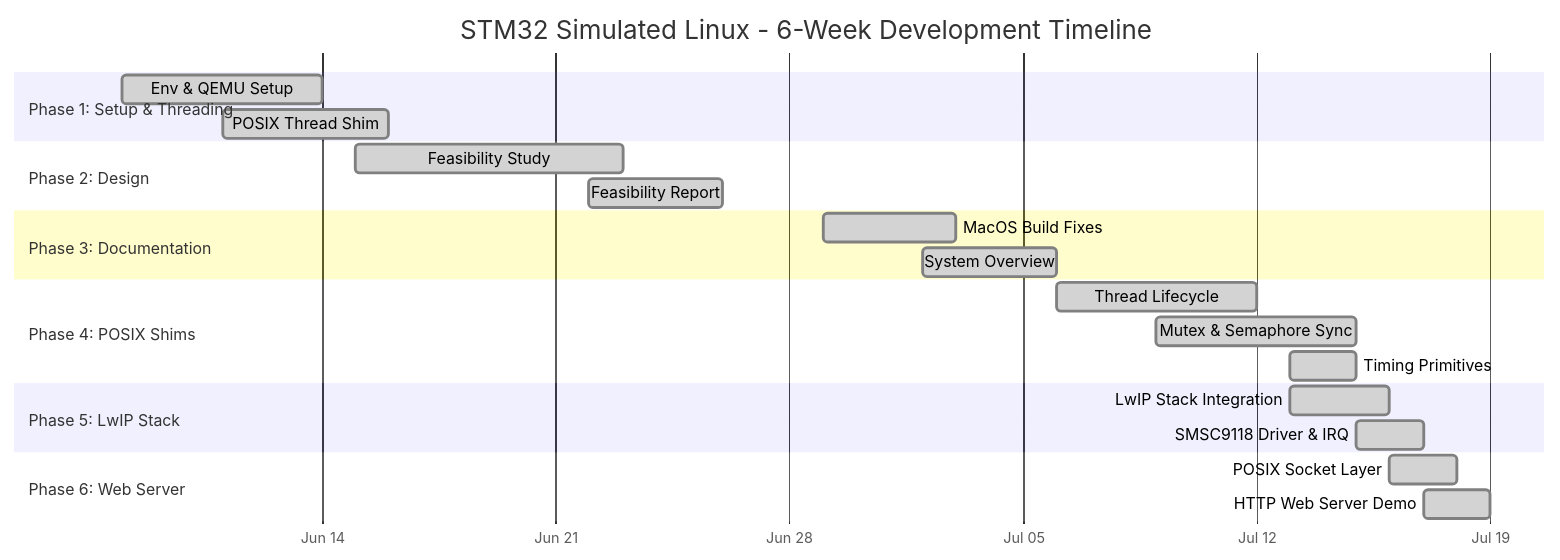
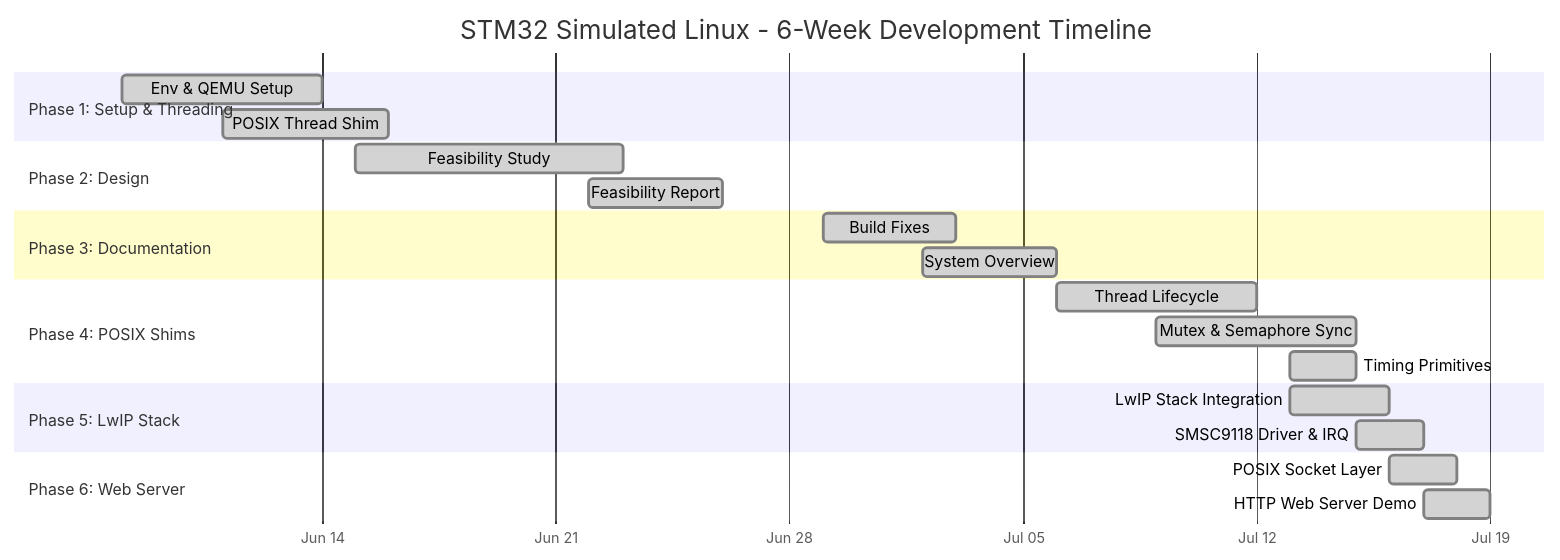
Before and after one commit to Akshat1508/STM32-Simulated-Linux: the diagram in gantt_chart.md, drawn with Mermaid. The commit also changed other lines of this file and 2 other files, not shown here.

````diff
--- a/gantt_chart.md
+++ b/gantt_chart.md
@@ -11,34 +11,34 @@
 ```mermaid
 gantt
     title STM32 Simulated Linux - 6-Week Development Timeline
     dateFormat  YYYY-MM-DD
     axisFormat  %b %d
     tickInterval 1w
     weekday monday
     todayMarker off
 
     section Phase 1: Setup & Threading
     Env & QEMU Setup             :done, t1, 2026-06-08, 2026-06-14
     POSIX Thread Shim            :done, t2, 2026-06-11, 2026-06-16
 
     section Phase 2: Design
     Feasibility Study            :done, t3, 2026-06-15, 2026-06-23
     Feasibility Report           :done, t4, 2026-06-22, 2026-06-26
 
     section Phase 3: Documentation
-    MacOS Build Fixes            :done, t5, 2026-06-29, 2026-07-03
+    Build Fixes            :done, t5, 2026-06-29, 2026-07-03
     System Overview              :done, t6, 2026-07-02, 2026-07-06
 
     section Phase 4: POSIX Shims
     Thread Lifecycle             :done, t7, 2026-07-06, 2026-07-12
     Mutex & Semaphore Sync       :done, t8, 2026-07-09, 2026-07-15
     Timing Primitives            :done, t9, 2026-07-13, 2026-07-15
 
     section Phase 5: LwIP Stack
     LwIP Stack Integration       :done, t10, 2026-07-13, 2026-07-16
     SMSC9118 Driver & IRQ        :done, t11, 2026-07-15, 2026-07-17
 
     section Phase 6: Web Server
     POSIX Socket Layer           :done, t12, 2026-07-16, 2026-07-18
     HTTP Web Server Demo         :done, t13, 2026-07-17, 2026-07-19
 ```
````
